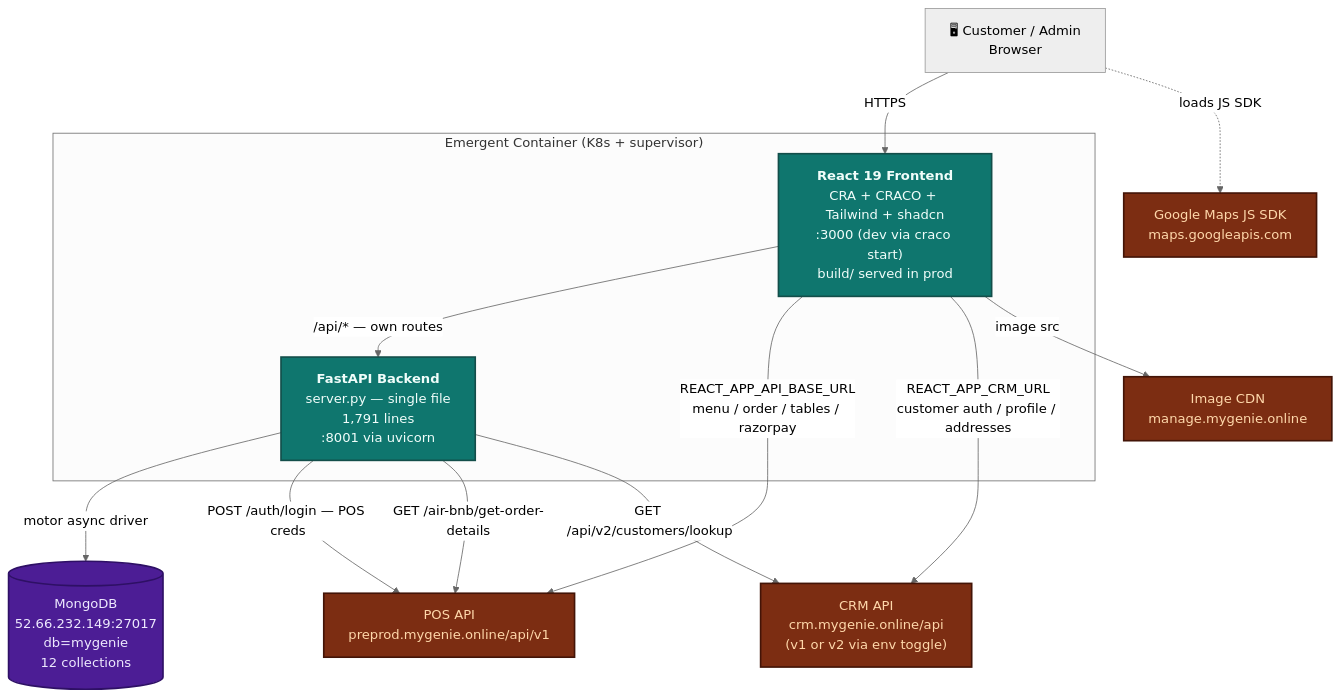
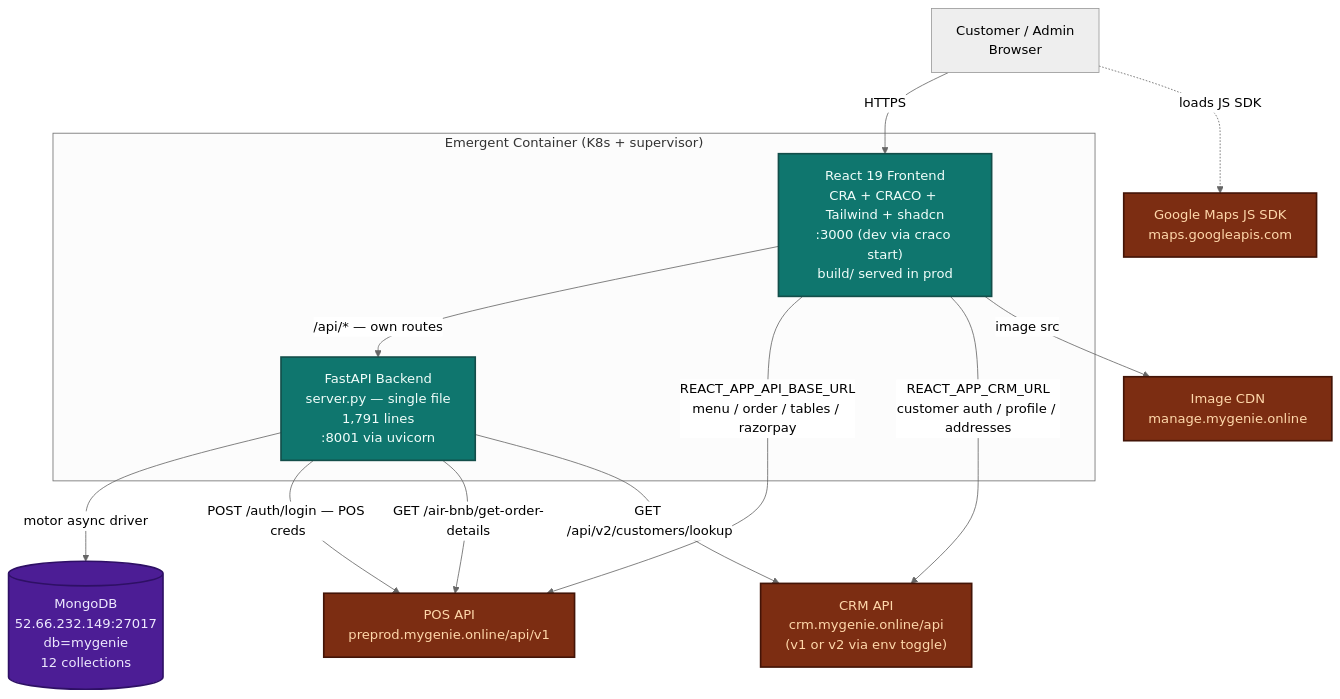
One commit to Abhi-mygenie/customer-app5th-march changed the first of 5 diagrams in memory_repo/current-state/ARCHITECTURE_DIAGRAM_2026-02.md. Above: the diagram before and after it, drawn with Mermaid (neutral theme). The commit also changed other lines of this file and 3 other files, not shown here.

````diff
--- a/memory_repo/current-state/ARCHITECTURE_DIAGRAM_2026-02.md
+++ b/memory_repo/current-state/ARCHITECTURE_DIAGRAM_2026-02.md
@@ -14,35 +14,35 @@
 ```mermaid
-graph TB
-    Browser["🖥 Customer / Admin<br/>Browser"]
+flowchart TB
+    Browser[" Customer / Admin<br/>Browser"]
 
     subgraph EmergentPod["Emergent Container (K8s + supervisor)"]
-        Frontend["<b>React 19 Frontend</b><br/>CRA + CRACO + Tailwind + shadcn<br/>:3000 (dev via craco start)<br/>build/ served in prod"]
-        Backend["<b>FastAPI Backend</b><br/>server.py — single file<br/>1,791 lines<br/>:8001 via uvicorn"]
+        Frontend["React 19 Frontend<br/>CRA + CRACO + Tailwind + shadcn<br/>:3000 (dev via craco start)<br/>build/ served in prod"]
+        Backend["FastAPI Backend<br/>server.py — single file<br/>1,791 lines<br/>:8001 via uvicorn"]
     end
 
     Mongo[("MongoDB<br/>52.66.232.149:27017<br/>db=mygenie<br/>12 collections")]
     POS["POS API<br/>preprod.mygenie.online/api/v1"]
     CRM["CRM API<br/>crm.mygenie.online/api<br/>(v1 or v2 via env toggle)"]
     IMG["Image CDN<br/>manage.mygenie.online"]
     GMAPS["Google Maps JS SDK<br/>maps.googleapis.com"]
 
     Browser -->|HTTPS| Frontend
     Browser -.->|loads JS SDK| GMAPS
 
     Frontend -->|/api/* — own routes| Backend
     Frontend -->|REACT_APP_API_BASE_URL<br/>menu / order / tables / razorpay| POS
     Frontend -->|REACT_APP_CRM_URL<br/>customer auth / profile / addresses| CRM
     Frontend -->|image src| IMG
 
     Backend -->|motor async driver| Mongo
     Backend -->|POST /auth/login — POS creds| POS
     Backend -->|GET /air-bnb/get-order-details| POS
     Backend -->|GET /api/v2/customers/lookup| CRM
 
     classDef container fill:#0f766e,stroke:#134e4a,color:#f0fdfa,stroke-width:2px
     classDef external fill:#7c2d12,stroke:#431407,color:#fed7aa,stroke-width:2px
     classDef store fill:#4c1d95,stroke:#2e1065,color:#ede9fe,stroke-width:2px
     class Frontend,Backend container
     class POS,CRM,IMG,GMAPS external
     class Mongo store
 ```
````
